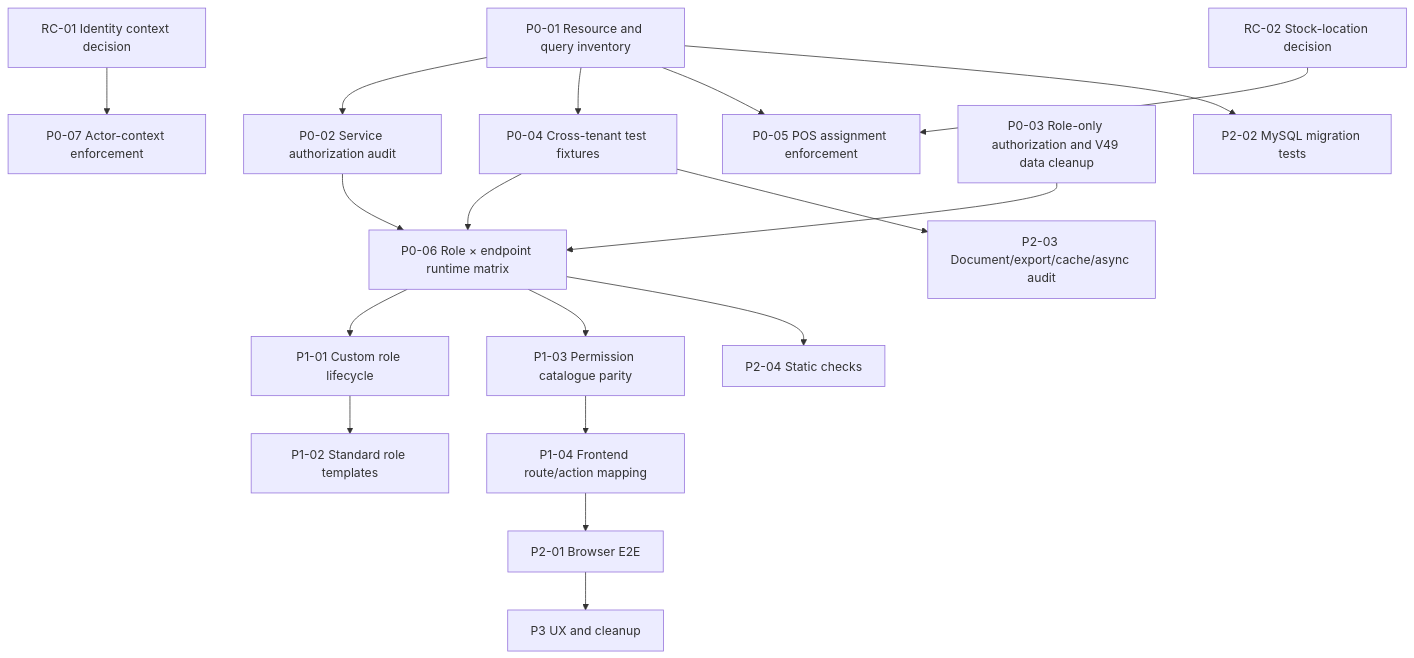
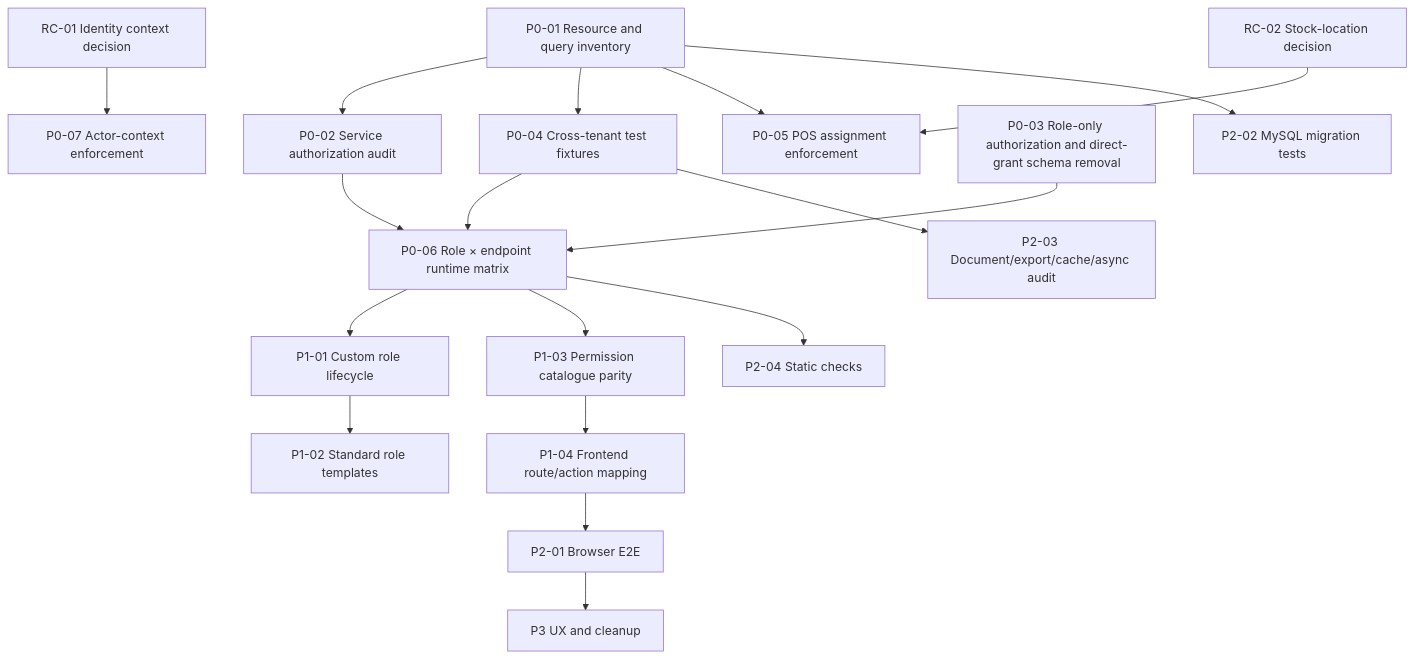
Before and after one commit to rambrij/solar-energy-platform: the diagram in docs/implementation/DEVELOP_AUTHORIZATION_IMPLEMENTATION_PLAN.md, drawn with Mermaid. The commit also changed other lines of this file, not shown here.

Commit message:
Remove obsolete V49 references from authorization plan

````diff
--- a/docs/implementation/DEVELOP_AUTHORIZATION_IMPLEMENTATION_PLAN.md
+++ b/docs/implementation/DEVELOP_AUTHORIZATION_IMPLEMENTATION_PLAN.md
@@ -276,20 +276,20 @@
 ```mermaid
 flowchart TD
   A[P0-01 Resource and query inventory] --> B[P0-02 Service authorization audit]
   A --> C[P0-04 Cross-tenant test fixtures]
   B --> D[P0-06 Role × endpoint runtime matrix]
   C --> D
   E[RC-01 Identity context decision] --> F[P0-07 Actor-context enforcement]
   G[RC-02 Stock-location decision] --> H[P0-05 POS assignment enforcement]
   A --> H
-  I[P0-03 Role-only authorization and V49 data cleanup] --> D
+  I[P0-03 Role-only authorization and direct-grant schema removal] --> D
   D --> J[P1-01 Custom role lifecycle]
   J --> K[P1-02 Standard role templates]
   D --> L[P1-03 Permission catalogue parity]
   L --> M[P1-04 Frontend route/action mapping]
   M --> N[P2-01 Browser E2E]
   A --> O[P2-02 MySQL migration tests]
   C --> P[P2-03 Document/export/cache/async audit]
   D --> Q[P2-04 Static checks]
   N --> R[P3 UX and cleanup]
 ```
````
